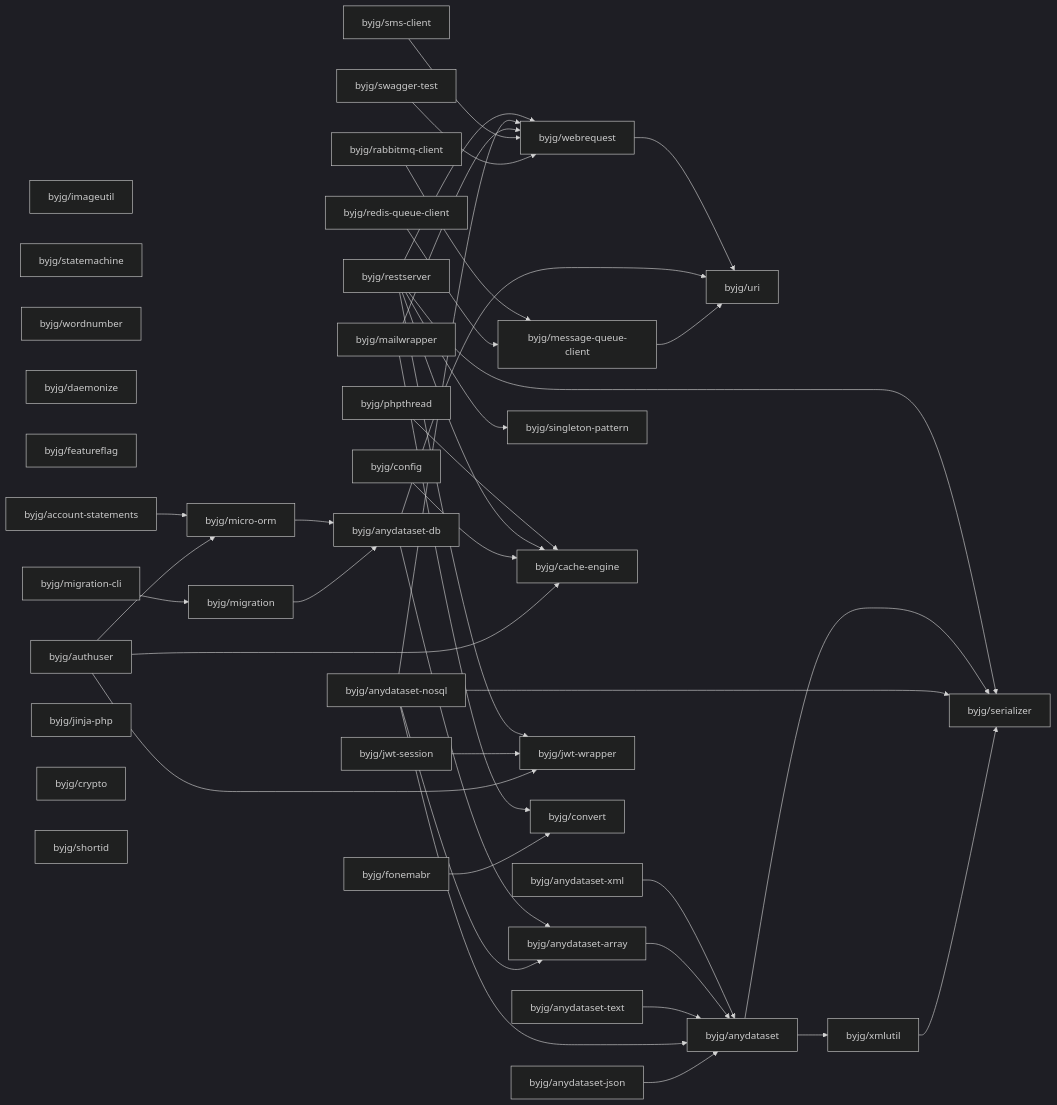
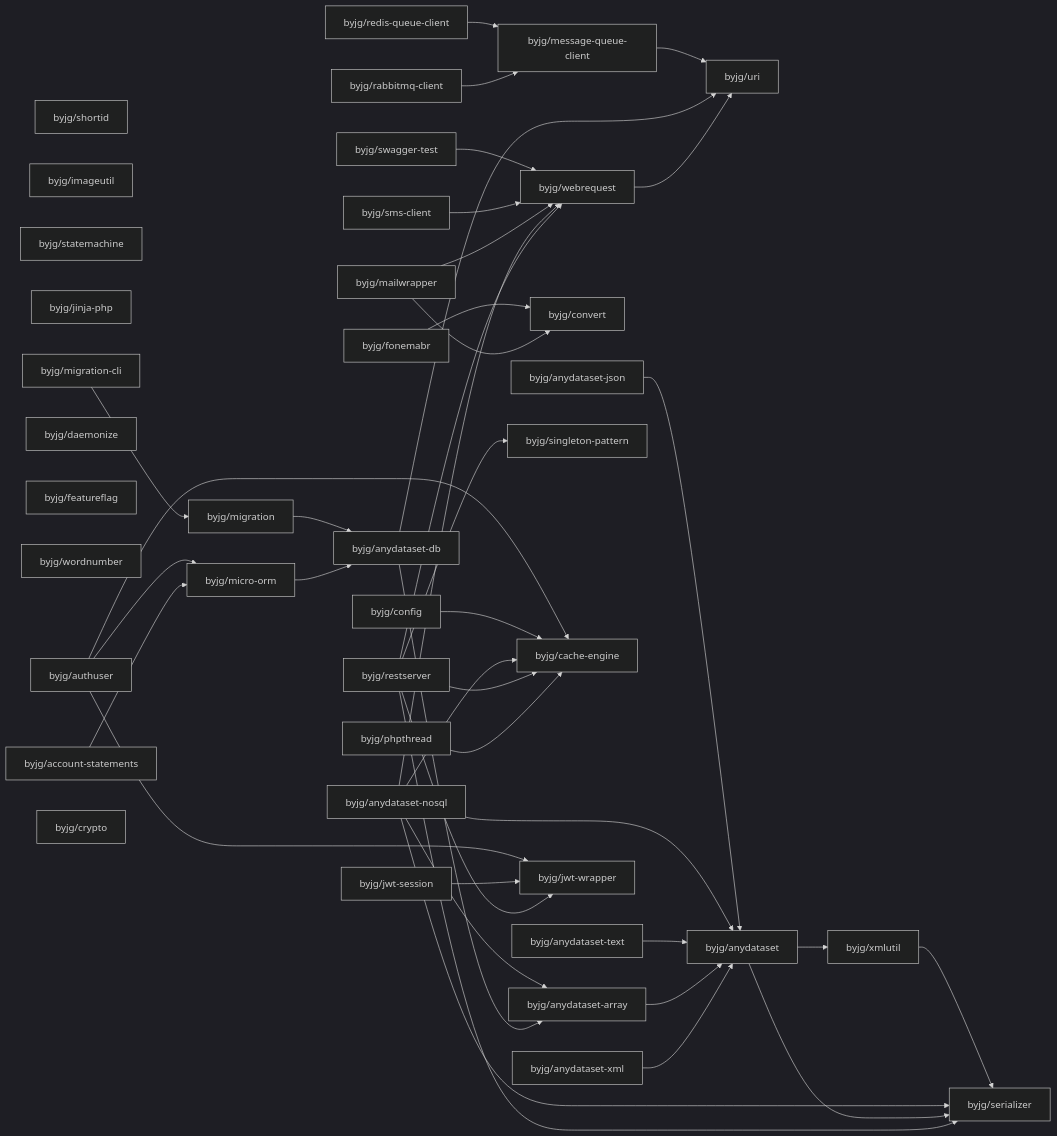
The diagram in docs/php/README.md (byjg/byjg.github.io), drawn with Mermaid (dark theme) before and after one commit. The commit also changed 3 other files, not shown here.

Commit message:
Update documentation 'php' 'php-anydataset-nosql'

````diff
--- a/docs/php/README.md
+++ b/docs/php/README.md
@@ -3,79 +3,80 @@
 ```mermaid
 graph LR;
+  byjg/config;
+  byjg/anydataset-nosql;
+  byjg/phpthread;
   byjg/swagger-test;
+  byjg/shortid;
+  byjg/anydataset-text;
   byjg/imageutil;
-  byjg/phpthread;
   byjg/statemachine;
+  byjg/jinja-php;
+  byjg/fonemabr;
   byjg/sms-client;
+  byjg/migration-cli;
+  byjg/daemonize;
+  byjg/featureflag;
   byjg/wordnumber;
-  byjg/daemonize;
+  byjg/authuser;
+  byjg/account-statements;
+  byjg/anydataset-json;
   byjg/mailwrapper;
+  byjg/rabbitmq-client;
   byjg/redis-queue-client;
-  byjg/featureflag;
-  byjg/migration-cli;
-  byjg/account-statements;
-  byjg/authuser;
-  byjg/config;
-  byjg/rabbitmq-client;
-  byjg/anydataset-text;
-  byjg/jinja-php;
+  byjg/jwt-session;
+  byjg/restserver;
   byjg/anydataset-xml;
-  byjg/jwt-session;
-  byjg/anydataset-nosql;
-  byjg/restserver;
-  byjg/anydataset-json;
   byjg/crypto;
-  byjg/shortid;
-  byjg/fonemabr;
   byjg/migration;
   byjg/micro-orm;
+  byjg/convert;
   byjg/message-queue-client;
   byjg/singleton-pattern;
   byjg/cache-engine;
   byjg/webrequest;
   byjg/jwt-wrapper;
-  byjg/convert;
   byjg/anydataset-db;
   byjg/anydataset-array;
   byjg/uri;
   byjg/anydataset;
   byjg/xmlutil;
   byjg/serializer;
   byjg/migration --> byjg/anydataset-db;
   byjg/fonemabr --> byjg/convert;
   byjg/swagger-test --> byjg/webrequest;
   byjg/authuser --> byjg/micro-orm;
   byjg/authuser --> byjg/cache-engine;
   byjg/authuser --> byjg/jwt-wrapper;
   byjg/config --> byjg/cache-engine;
   byjg/message-queue-client --> byjg/uri;
   byjg/sms-client --> byjg/webrequest;
   byjg/xmlutil --> byjg/serializer;
   byjg/anydataset-json --> byjg/anydataset;
   byjg/mailwrapper --> byjg/convert;
   byjg/mailwrapper --> byjg/webrequest;
   byjg/anydataset-nosql --> byjg/anydataset;
   byjg/anydataset-nosql --> byjg/anydataset-array;
   byjg/anydataset-nosql --> byjg/serializer;
   byjg/anydataset-nosql --> byjg/webrequest;
+  byjg/anydataset-nosql --> byjg/cache-engine;
   byjg/migration-cli --> byjg/migration;
   byjg/redis-queue-client --> byjg/message-queue-client;
   byjg/jwt-session --> byjg/jwt-wrapper;
   byjg/anydataset --> byjg/serializer;
   byjg/anydataset --> byjg/xmlutil;
   byjg/anydataset-db --> byjg/anydataset-array;
   byjg/anydataset-db --> byjg/uri;
   byjg/anydataset-text --> byjg/anydataset;
   byjg/restserver --> byjg/serializer;
   byjg/restserver --> byjg/singleton-pattern;
   byjg/restserver --> byjg/cache-engine;
   byjg/restserver --> byjg/webrequest;
   byjg/restserver --> byjg/jwt-wrapper;
   byjg/account-statements --> byjg/micro-orm;
   byjg/webrequest --> byjg/uri;
   byjg/micro-orm --> byjg/anydataset-db;
   byjg/anydataset-array --> byjg/anydataset;
   byjg/anydataset-xml --> byjg/anydataset;
   byjg/phpthread --> byjg/cache-engine;
   byjg/rabbitmq-client --> byjg/message-queue-client;
 ```
````
